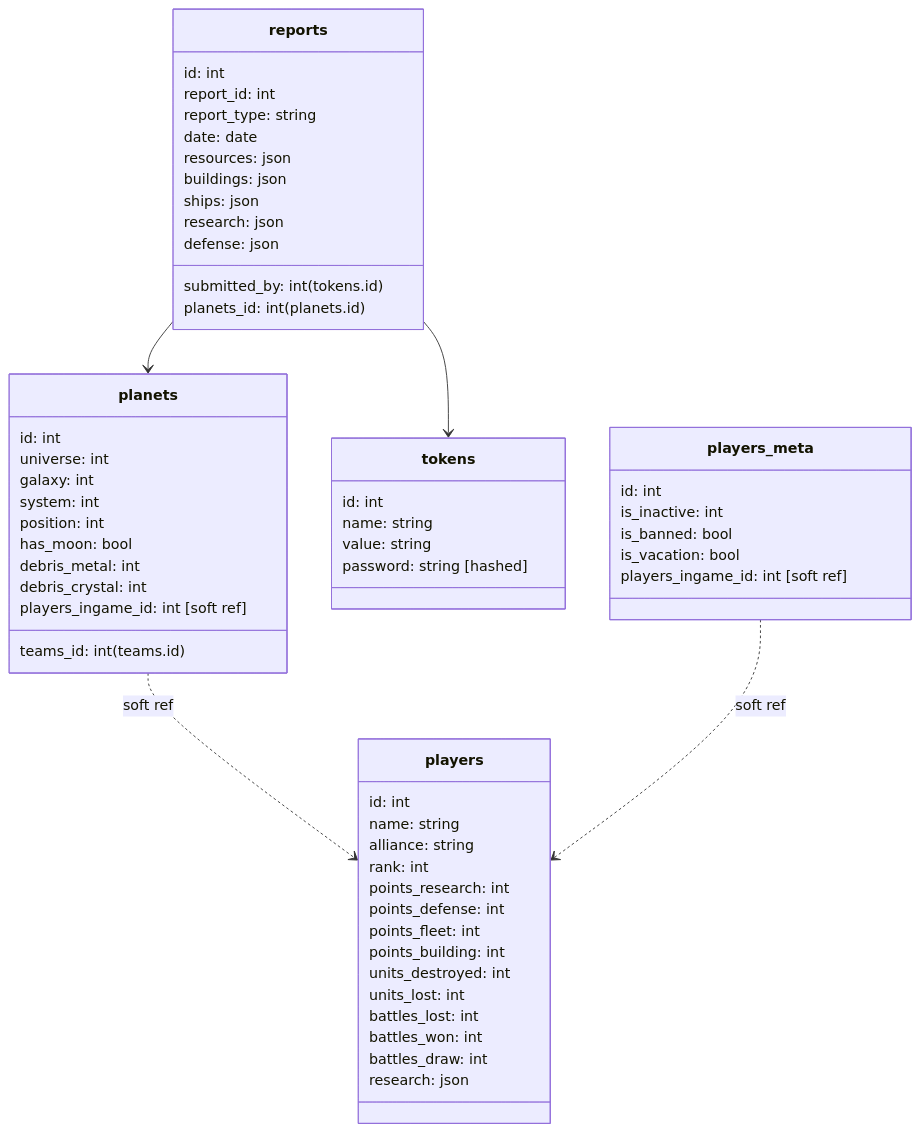
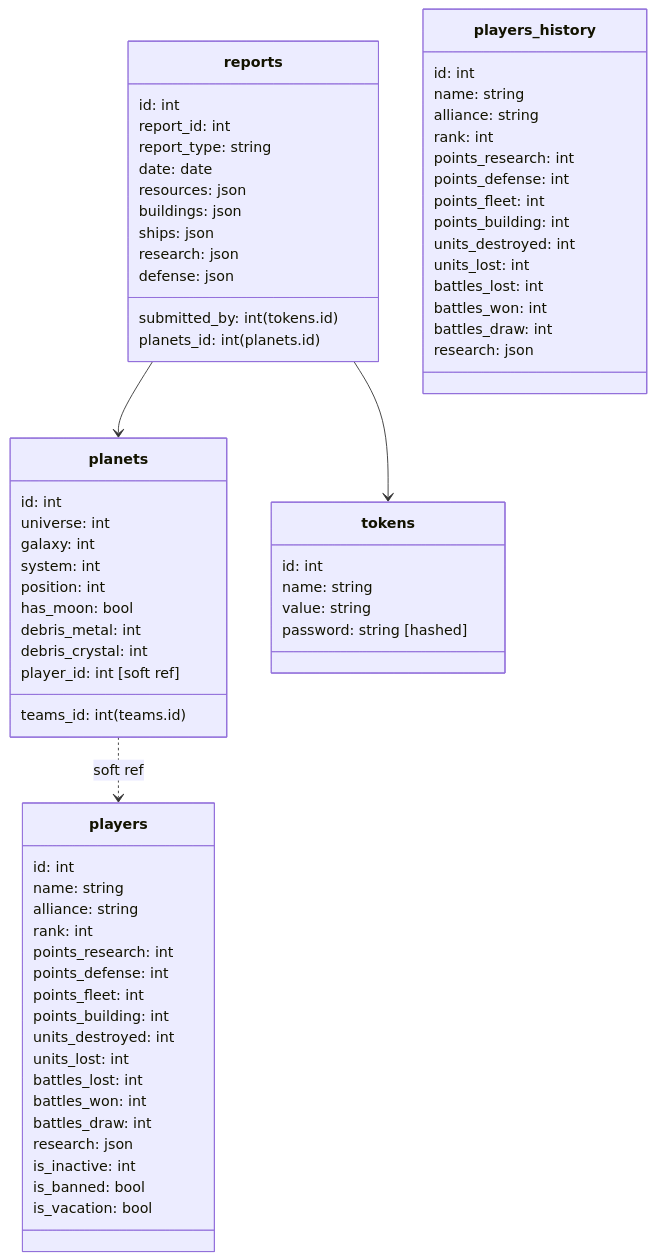
The diagram in readme.md (anoff/teamview), drawn with Mermaid before and after one commit. The commit also changed 6 other files, not shown here.

Commit message:
separate into players, players_history

````diff
--- a/readme.md
+++ b/readme.md
@@ -48,62 +48,73 @@
 ```mermaid
 classDiagram
   planets ..> players: soft ref
   reports --> planets
   reports --> tokens
-  players_meta ..> players: soft ref
 
   class tokens {
     id: int
     name: string
     value: string
     password: string [hashed]
-  }
-  class players_meta {
-    id: int
-    is_inactive: int
-    is_banned: bool
-    is_vacation: bool
-    players_ingame_id: int [soft ref]
   }
   class planets {
     id: int
     universe: int
     galaxy: int
     system: int
     position: int
     has_moon: bool
     debris_metal: int
     debris_crystal: int
     teams_id: int (teams.id)
-    players_ingame_id: int [soft ref]
+    player_id: int [soft ref]
   }
   class reports {
     id: int
     report_id: int
     report_type: string
     date: date
     resources: json
     buildings: json
     ships: json
     research: json
     defense: json
     submitted_by: int (tokens.id)
     planets_id: int (planets.id)
   }
   class players {
     id: int
     name: string
     alliance: string
     rank: int
     points_research: int
     points_defense: int
     points_fleet: int
     points_building: int
     units_destroyed: int
     units_lost: int
     battles_lost: int
     battles_won: int
     battles_draw: int
     research: json
+    is_inactive: int
+    is_banned: bool
+    is_vacation: bool
+  }
+  class players_history {
+    id: int
+    name: string
+    alliance: string
+    rank: int
+    points_research: int
+    points_defense: int
+    points_fleet: int
+    points_building: int
+    units_destroyed: int
+    units_lost: int
+    battles_lost: int
+    battles_won: int
+    battles_draw: int
+    research: json
   }
 ```
````
